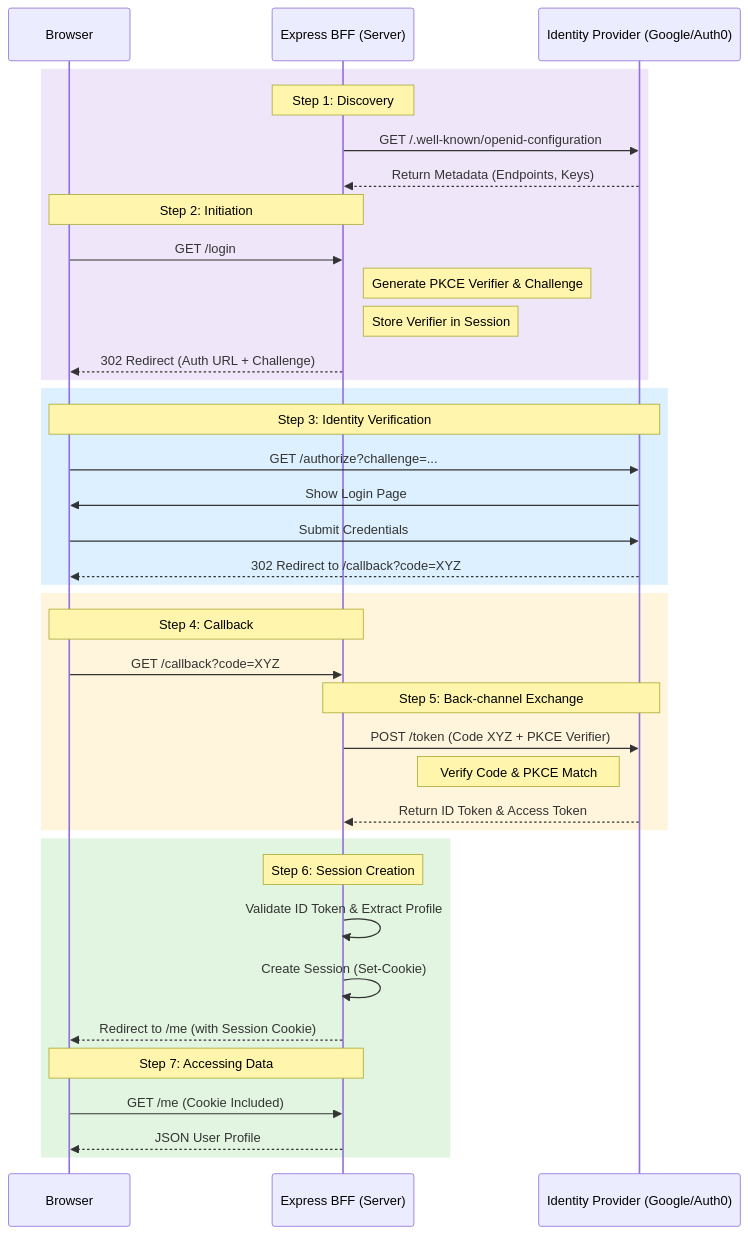
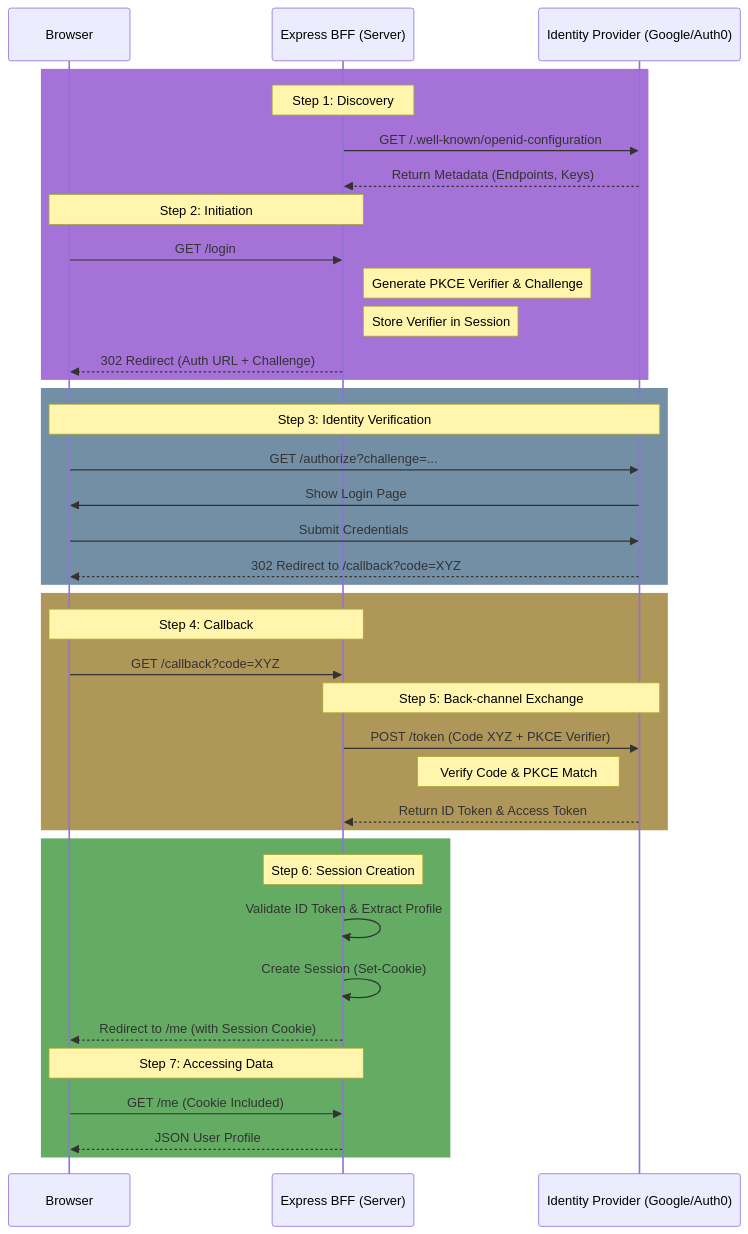
Diagram 14 of 14 in Security/AuthN_AuthZ.md (PrashantMudhiraj/AuthN_AuthZ), drawn with Mermaid before and after one commit.

Commit message:
code implementation

````diff
--- a/Security/AuthN_AuthZ.md
+++ b/Security/AuthN_AuthZ.md
@@ -3884,51 +3884,51 @@
 ```mermaid
 sequenceDiagram
     participant Browser
     participant BFF as Express BFF (Server)
     participant IdP as Identity Provider (Google/Auth0)
 
     %% PHASE 1: PREPARATION & INITIATION
-    rect rgb(240, 230, 250)
+    rect rgb(165, 114, 216)
     Note over BFF: Step 1: Discovery
     BFF->>IdP: GET /.well-known/openid-configuration
     IdP-->>BFF: Return Metadata (Endpoints, Keys)
 
     Note over Browser, BFF: Step 2: Initiation
     Browser->>BFF: GET /login
     Note right of BFF: Generate PKCE Verifier & Challenge
     Note right of BFF: Store Verifier in Session
     BFF-->>Browser: 302 Redirect (Auth URL + Challenge)
     end
 
     %% PHASE 2: USER INTERACTION
-    rect rgb(220, 240, 255)
+    rect rgb(115, 143, 165)
     Note over Browser, IdP: Step 3: Identity Verification
     Browser->>IdP: GET /authorize?challenge=...
     IdP->>Browser: Show Login Page
     Browser->>IdP: Submit Credentials
     IdP-->>Browser: 302 Redirect to /callback?code=XYZ
     end
 
     %% PHASE 3: CALLBACK & TOKEN EXCHANGE
-    rect rgb(255, 245, 220)
+    rect rgb(175, 151, 90)
     Note over Browser, BFF: Step 4: Callback
     Browser->>BFF: GET /callback?code=XYZ
 
     Note over BFF, IdP: Step 5: Back-channel Exchange
     BFF->>IdP: POST /token (Code XYZ + PKCE Verifier)
     Note left of IdP: Verify Code & PKCE Match
     IdP-->>BFF: Return ID Token & Access Token
     end
 
     %% PHASE 4: SESSION & PROFILE
-    rect rgb(225, 245, 225)
+    rect rgb(100, 172, 100)
     Note over BFF: Step 6: Session Creation
     BFF->>BFF: Validate ID Token & Extract Profile
     BFF->>BFF: Create Session (Set-Cookie)
     BFF-->>Browser: Redirect to /me (with Session Cookie)
 
     Note over Browser, BFF: Step 7: Accessing Data
     Browser->>BFF: GET /me (Cookie Included)
     BFF-->>Browser: JSON User Profile
     end
 ```
````
